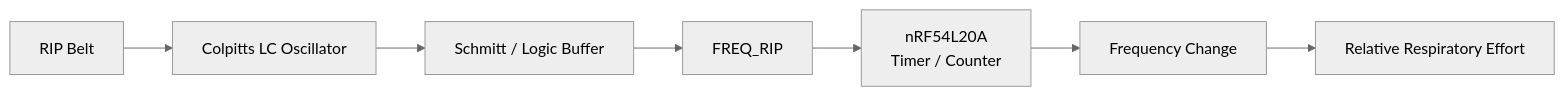
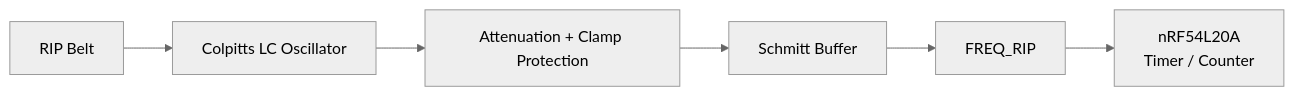
The third of 4 diagrams in README.md (CDonohoe-Designs/SomniMate), drawn with Mermaid (neutral theme) before and after one commit. The commit also changed other lines of this file, not shown here.

Commit message:
Link landing page to RIP AFE verification

````diff
--- a/README.md
+++ b/README.md
@@ -133,9 +102,8 @@
 ```mermaid
 flowchart LR
     A["RIP Belt"] --> B["Colpitts LC Oscillator"]
-    B --> C["Schmitt / Logic Buffer"]
-    C --> D["FREQ_RIP"]
-    D --> E["nRF54L20A<br/>Timer / Counter"]
-    E --> F["Frequency Change"]
-    F --> G["Relative Respiratory Effort"]
+    B --> C["Attenuation + Clamp Protection"]
+    C --> D["Schmitt Buffer"]
+    D --> E["FREQ_RIP"]
+    E --> F["nRF54L20A<br/>Timer / Counter"]
 ```
````
